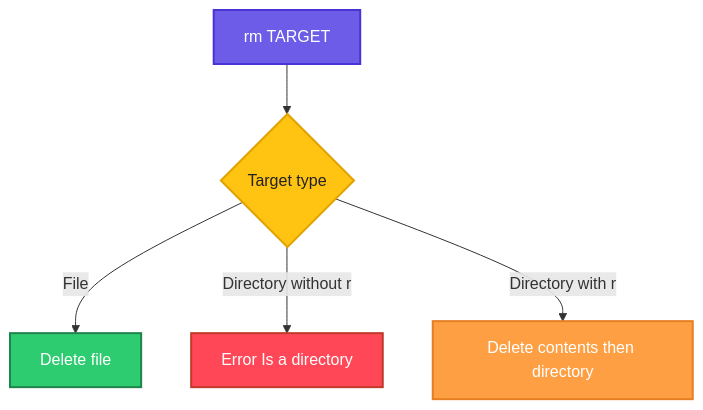
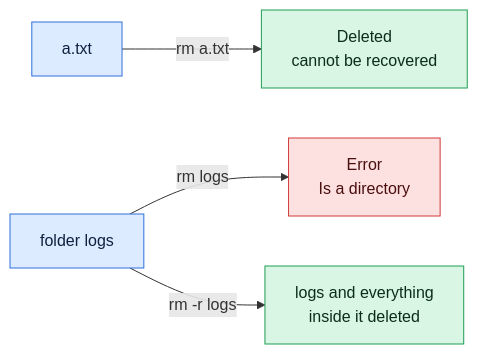
The diagram in linux/file-management/rm.md (codeKerdosTech/DevOps-Documentation), drawn with Mermaid before and after one commit. The commit also changed other lines of this file and 165 other files, not shown here.

Commit message:
updated diagrams in linux

````diff
--- a/linux/file-management/rm.md
+++ b/linux/file-management/rm.md
@@ -14,19 +14,14 @@
 ```mermaid
-flowchart TD
-    A[rm TARGET] --> B{Target type}
-    B -->|File| C[Delete file]
-    B -->|Directory without r| D[Error Is a directory]
-    B -->|Directory with r| E[Delete contents then directory]
-    classDef start fill:#6C5CE7,stroke:#4834D4,stroke-width:2px,color:#fff
-    classDef proc fill:#00B8D9,stroke:#0087A8,stroke-width:2px,color:#fff
-    classDef dec fill:#FFC312,stroke:#E1A100,stroke-width:2px,color:#222
-    classDef ok fill:#2ECC71,stroke:#1E8449,stroke-width:2px,color:#fff
-    classDef err fill:#FF4757,stroke:#C0392B,stroke-width:2px,color:#fff
-    classDef out fill:#FD79A8,stroke:#E84393,stroke-width:2px,color:#fff
-    classDef alt fill:#FF9F43,stroke:#E67E22,stroke-width:2px,color:#fff
-    class A start
-    class B dec
-    class C ok
-    class D err
-    class E alt
+flowchart LR
+    i1[a.txt] -->|rm a.txt| o1[Deleted<br/>cannot be recovered]
+    i2[folder logs] -->|rm logs| x1[Error<br/>Is a directory]
+    i2 -->|rm -r logs| o2[logs and everything<br/>inside it deleted]
+    classDef inp fill:#DCEBFF,stroke:#2F6FDE,color:#10213F
+    classDef cmd fill:#FFF0C2,stroke:#C98A00,color:#3A2A00
+    classDef out fill:#D9F5E3,stroke:#1F9D55,color:#0B2E1A
+    classDef bad fill:#FDE0E0,stroke:#D13B3B,color:#4A0F0F
+    classDef note fill:#ECEFF3,stroke:#7B8794,color:#1F2933
+    class i1,i2 inp
+    class o1,o2 out
+    class x1 bad
 ```
````
